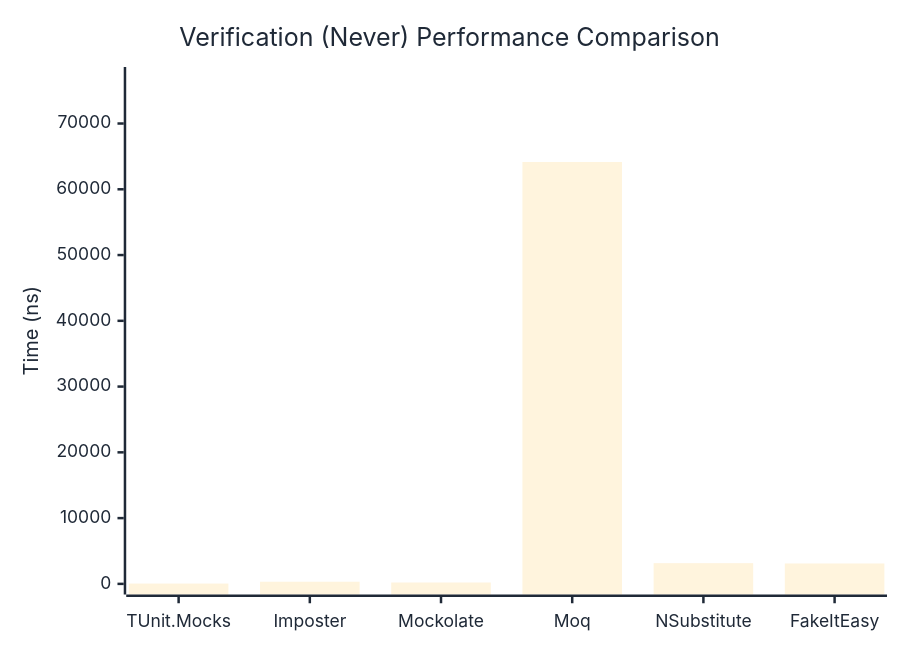
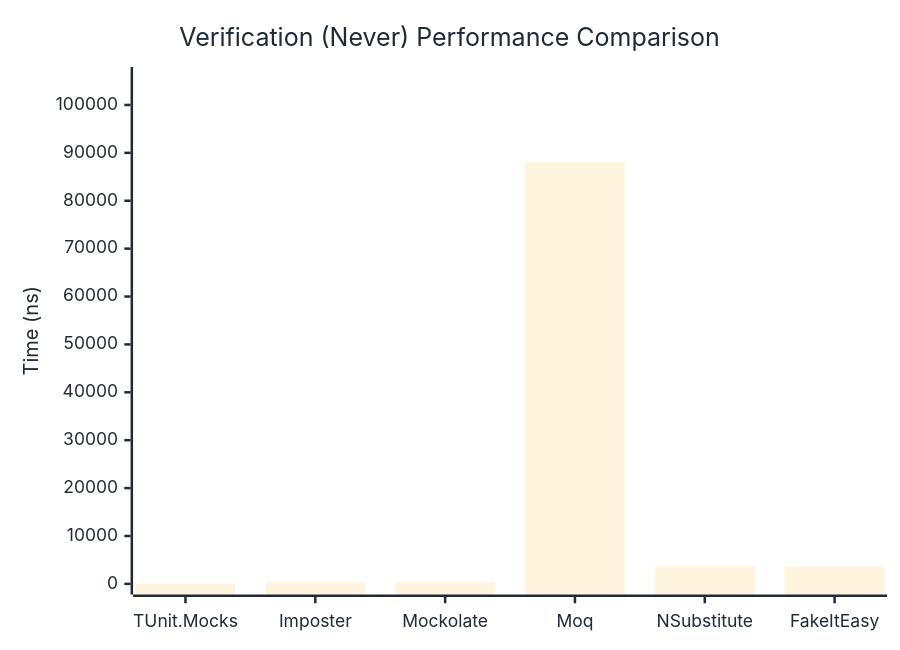
Before and after one commit to thomhurst/TUnit: the second of 3 diagrams in docs/docs/benchmarks/mocks/Verification.md, drawn with Mermaid. The commit also changed other lines of this file and 14 other files, not shown here.

````diff
--- a/docs/docs/benchmarks/mocks/Verification.md
+++ b/docs/docs/benchmarks/mocks/Verification.md
@@ -69,27 +69,27 @@
 ```mermaid
 %%{init: {
   'theme':'base',
   'themeVariables': {
     'primaryColor': '#2563eb',
     'primaryTextColor': '#1f2937',
     'primaryBorderColor': '#1e40af',
     'lineColor': '#6b7280',
     'secondaryColor': '#7c3aed',
     'tertiaryColor': '#dc2626',
     'background': '#ffffff',
     'pie1': '#2563eb',
     'pie2': '#7c3aed',
     'pie3': '#dc2626',
     'pie4': '#f59e0b',
     'pie5': '#10b981',
     'pie6': '#06b6d4',
     'pie7': '#ec4899',
     'pie8': '#6366f1'
   }
 }}%%
 xychart-beta
   title "Verification (Never) Performance Comparison"
   x-axis ["TUnit.Mocks", "Imposter", "Mockolate", "Moq", "NSubstitute", "FakeItEasy"]
-  y-axis "Time (ns)" 0 --> 76978
-  bar [47.71, 328.11, 210.34, 64147.67, 3148.76, 3103.41]
+  y-axis "Time (ns)" 0 --> 105709
+  bar [48.04, 306.63, 301.35, 88090.19, 3665.58, 3615.1]
 ```
````
